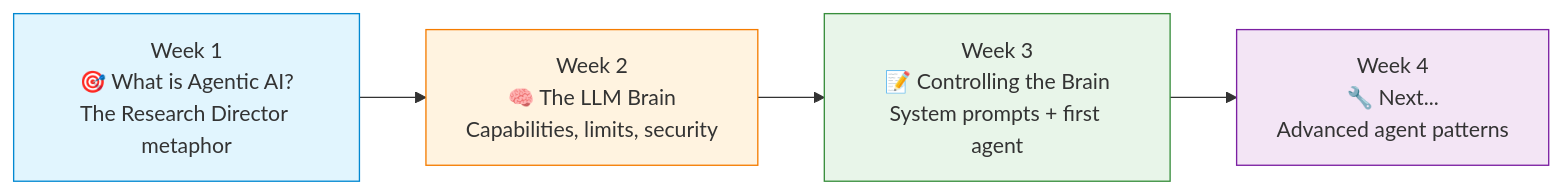
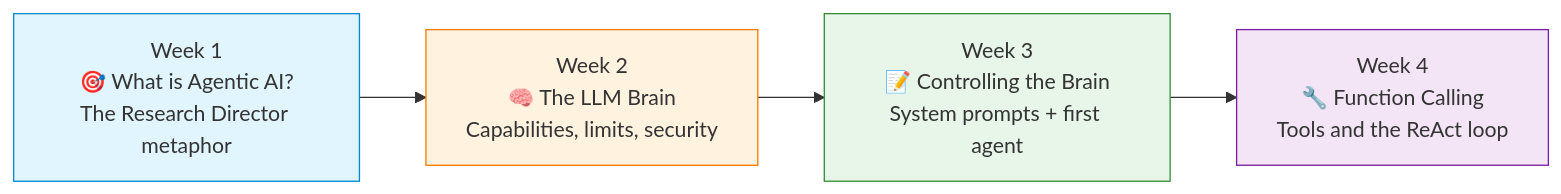
The fourth of 4 diagrams in week_03.md (MIRAE-Laboratory/UST_Lecture_AgenticAI), drawn with Mermaid before and after one commit. The commit also changed other lines of this file and 26 other files, not shown here.

````diff
--- a/week_03.md
+++ b/week_03.md
@@ -1076,12 +1378,12 @@
 ```mermaid
 graph LR
     W1["Week 1<br>🎯 What is Agentic AI?<br>The Research Director metaphor"]
     W2["Week 2<br>🧠 The LLM Brain<br>Capabilities, limits, security"]
     W3["Week 3<br>📝 Controlling the Brain<br>System prompts + first agent"]
-    W4["Week 4<br>🔧 Next...<br>Advanced agent patterns"]
+    W4["Week 4<br>🔧 Function Calling<br>Tools and the ReAct loop"]
     W1 --> W2 --> W3 --> W4
     style W1 fill:#e1f5fe,stroke:#0288d1
     style W2 fill:#fff3e0,stroke:#f57c00
     style W3 fill:#e8f5e9,stroke:#388e3c
     style W4 fill:#f3e5f5,stroke:#7b1fa2
 ```
````
